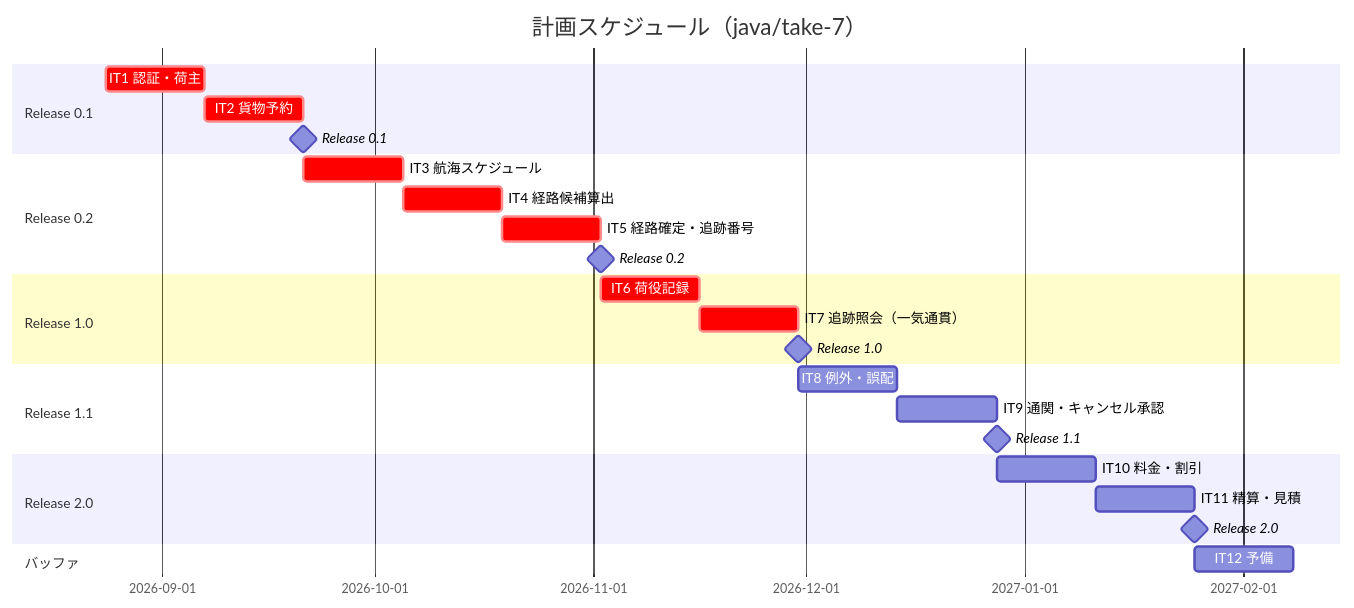
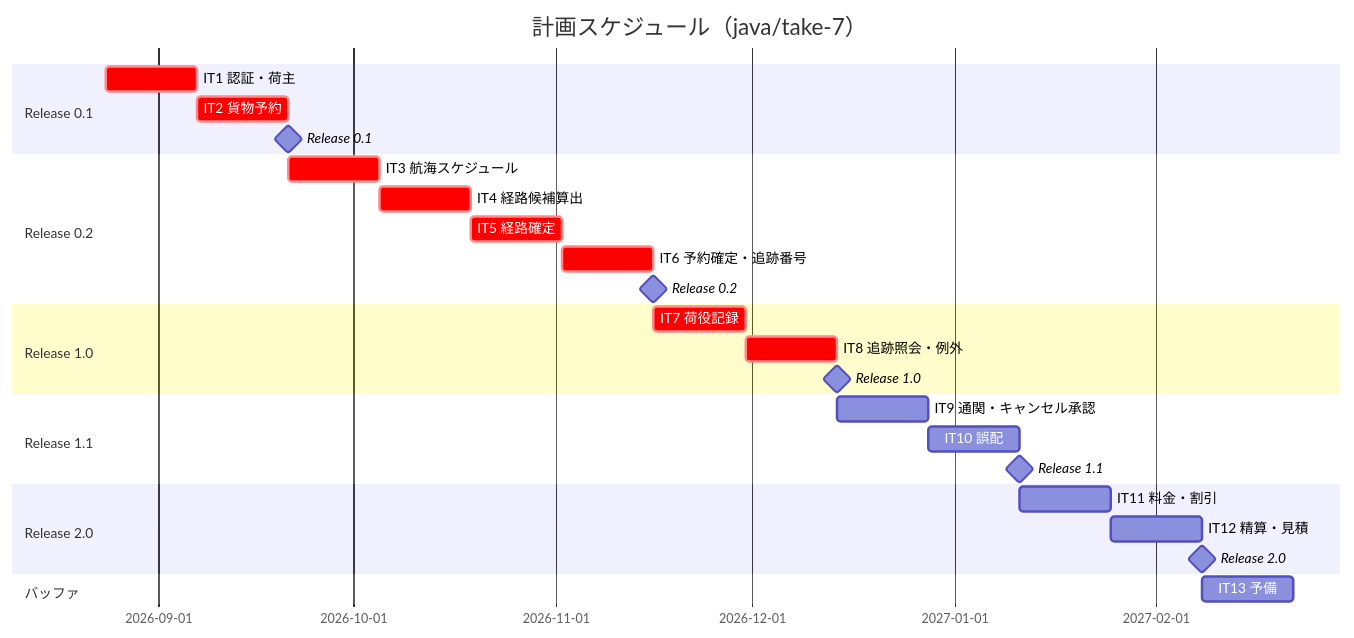
The first of 2 diagrams in docs/development/release_plan.md (k2works/case-study-cargo-tracker), drawn with Mermaid before and after one commit. The commit also changed other lines of this file and 6 other files, not shown here.

````diff
--- a/docs/development/release_plan.md
+++ b/docs/development/release_plan.md
@@ -177,28 +196,29 @@
 ```mermaid
 gantt
     title 計画スケジュール（java/take-7）
     dateFormat  YYYY-MM-DD
     section Release 0.1
     IT1 認証・荷主             :crit, p1-1, 2026-08-24, 14d
     IT2 貨物予約               :crit, p1-2, after p1-1, 14d
     Release 0.1               :milestone, m1, after p1-2, 0d
     section Release 0.2
     IT3 航海スケジュール        :crit, p2-1, after p1-2, 14d
     IT4 経路候補算出           :crit, p2-2, after p2-1, 14d
-    IT5 経路確定・追跡番号      :crit, p2-3, after p2-2, 14d
-    Release 0.2               :milestone, m2, after p2-3, 0d
+    IT5 経路確定               :crit, p2-3, after p2-2, 14d
+    IT6 予約確定・追跡番号      :crit, p2-4, after p2-3, 14d
+    Release 0.2               :milestone, m2, after p2-4, 0d
     section Release 1.0
-    IT6 荷役記録               :crit, p3-1, after p2-3, 14d
-    IT7 追跡照会（一気通貫）    :crit, p3-2, after p3-1, 14d
+    IT7 荷役記録               :crit, p3-1, after p2-4, 14d
+    IT8 追跡照会・例外          :crit, p3-2, after p3-1, 14d
     Release 1.0               :milestone, m3, after p3-2, 0d
     section Release 1.1
-    IT8 例外・誤配             :p4-1, after p3-2, 14d
-    IT9 通関・キャンセル承認    :p4-2, after p4-1, 14d
+    IT9 通関・キャンセル承認    :p4-1, after p3-2, 14d
+    IT10 誤配                 :p4-2, after p4-1, 14d
     Release 1.1               :milestone, m4, after p4-2, 0d
     section Release 2.0
-    IT10 料金・割引            :p5-1, after p4-2, 14d
-    IT11 精算・見積            :p5-2, after p5-1, 14d
+    IT11 料金・割引            :p5-1, after p4-2, 14d
+    IT12 精算・見積            :p5-2, after p5-1, 14d
     Release 2.0               :milestone, m5, after p5-2, 0d
     section バッファ
-    IT12 予備                 :p6-1, after p5-2, 14d
+    IT13 予備                 :p6-1, after p5-2, 14d
 ```
````
